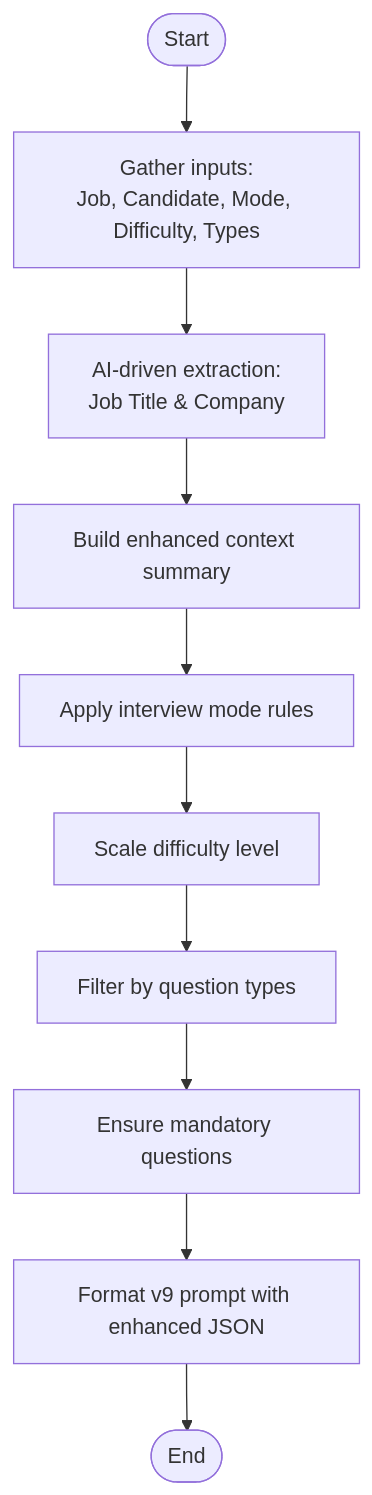
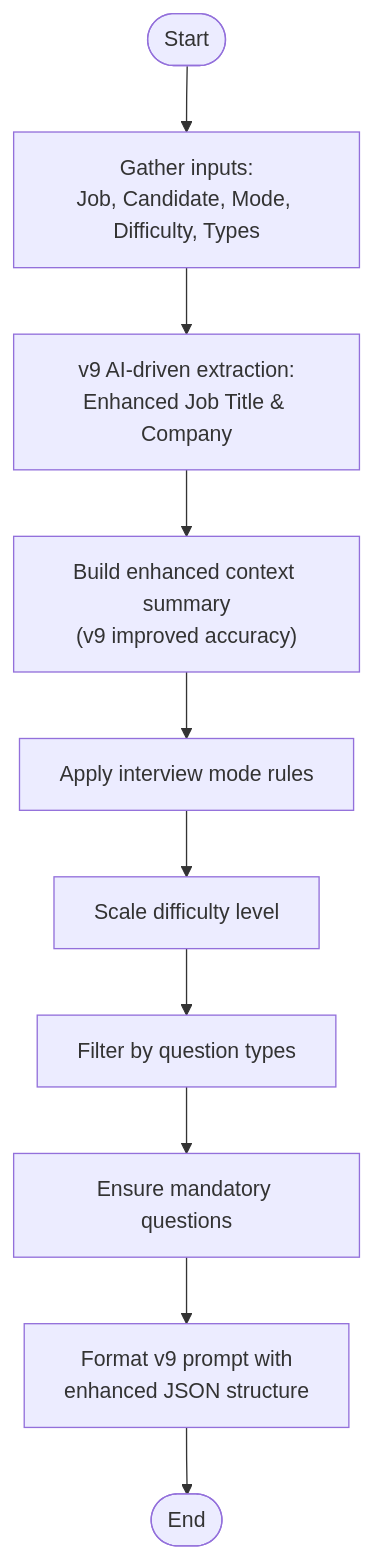
One commit to zmyeo54/briefroom changed the fourth of 6 diagrams in .qoder/repowiki/en/content/Core Features/Interview Question Generator/Interview Question Generator.md. Above: the diagram before and after it, drawn with Mermaid. The commit also changed other lines of this file and 37 other files, not shown here.

First line of the commit message:
feat(job-application): enhance job metadata extraction and processing capabilities

````diff
--- a/.qoder/repowiki/en/content/Core Features/Interview Question Generator/Interview Question Generator.md
+++ b/.qoder/repowiki/en/content/Core Features/Interview Question Generator/Interview Question Generator.md
@@ -254,12 +257,12 @@
 ```mermaid
 flowchart TD
 Start(["Start"]) --> Gather["Gather inputs:<br/>Job, Candidate, Mode, Difficulty, Types"]
-Gather --> Extract["AI-driven extraction:<br/>Job Title & Company"]
-Extract --> BuildContext["Build enhanced context summary"]
+Gather --> Extract["v9 AI-driven extraction:<br/>Enhanced Job Title & Company"]
+Extract --> BuildContext["Build enhanced context summary<br/>(v9 improved accuracy)"]
 BuildContext --> ApplyMode["Apply interview mode rules"]
 ApplyMode --> ScaleDifficulty["Scale difficulty level"]
 ScaleDifficulty --> FilterTypes["Filter by question types"]
 FilterTypes --> EnsureMandatory["Ensure mandatory questions"]
-EnsureMandatory --> FormatV9["Format v9 prompt with enhanced JSON"]
+EnsureMandatory --> FormatV9["Format v9 prompt with<br/>enhanced JSON structure"]
 FormatV9 --> End(["End"])
 ```
````
